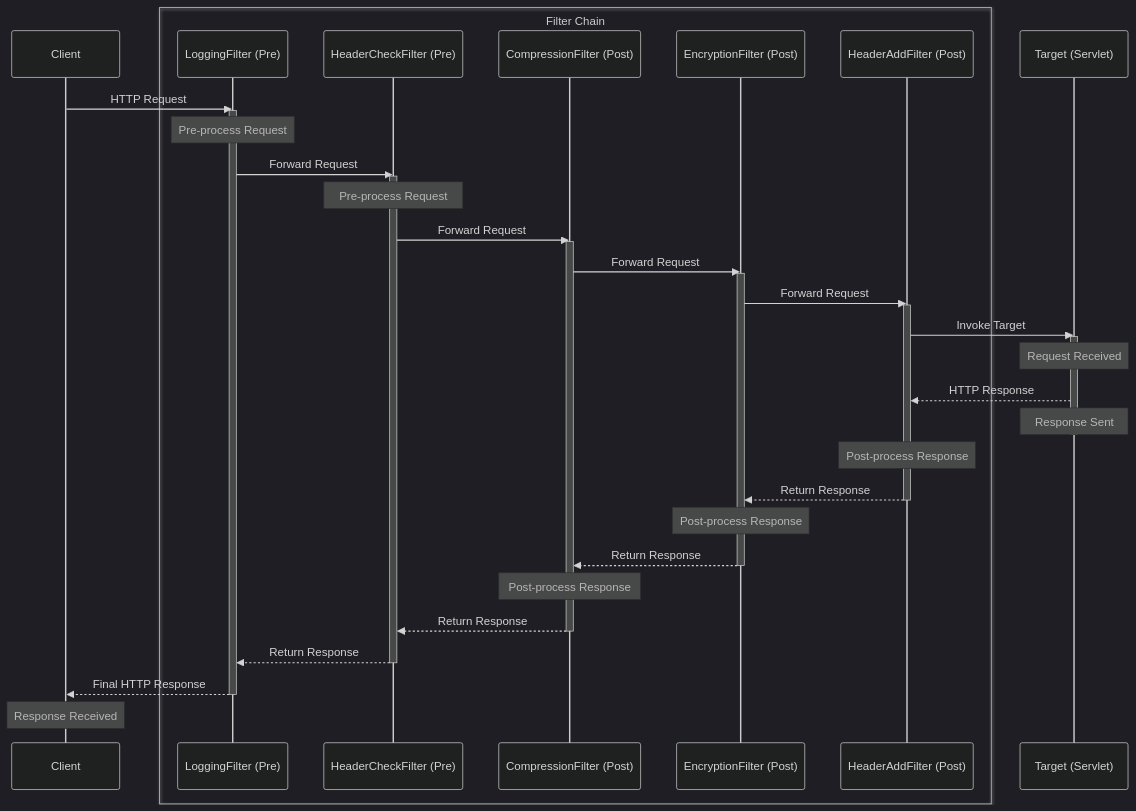
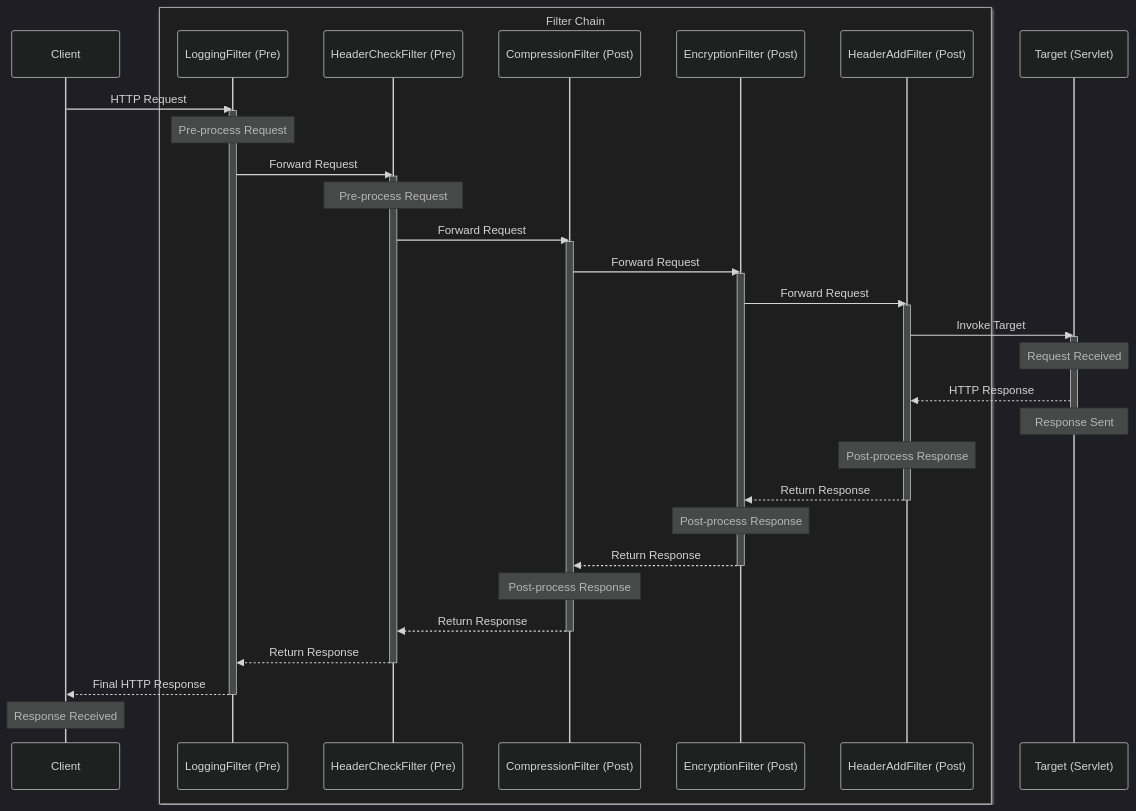
One commit to kumar-github/tutorial-resources changed the first of 2 diagrams in a.md. Above: the diagram before and after it, drawn with Mermaid.

````diff
--- a/a.md
+++ b/a.md
@@ -3,47 +3,47 @@
 ```mermaid
 %%{init: {'theme': 'dark'}}%%
 sequenceDiagram
     participant C as Client
-    box Filter Chain
+    box rgb(30, 30, 30) Filter Chain
         participant F1 as LoggingFilter (Pre)
         participant F2 as HeaderCheckFilter (Pre)
         participant F3 as CompressionFilter (Post)
         participant F4 as EncryptionFilter (Post)
         participant F5 as HeaderAddFilter (Post)
     end
     participant T as Target (Servlet)
 %% Request path
     C ->> F1: HTTP Request
     activate F1
     Note over F1: Pre-process Request
     F1 ->> F2: Forward Request
     activate F2
     Note over F2: Pre-process Request
     F2 ->> F3: Forward Request
     activate F3
     F3 ->> F4: Forward Request
     activate F4
     F4 ->> F5: Forward Request
     activate F5
     F5 ->> T: Invoke Target
     activate T
     Note over T: Request Received
 %% Response path
     T -->> F5: HTTP Response
     Note over T: Response Sent
     deactivate T
     Note over F5: Post-process Response
     F5 -->> F4: Return Response
     deactivate F5
     Note over F4: Post-process Response
     F4 -->> F3: Return Response
     deactivate F4
     Note over F3: Post-process Response
     F3 -->> F2: Return Response
     deactivate F3
     F2 -->> F1: Return Response
     deactivate F2
     F1 -->> C: Final HTTP Response
     deactivate F1
     Note over C: Response Received
 ```
````
